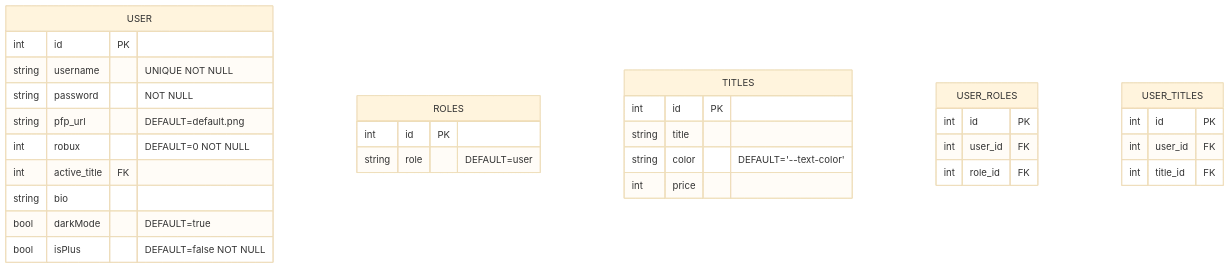
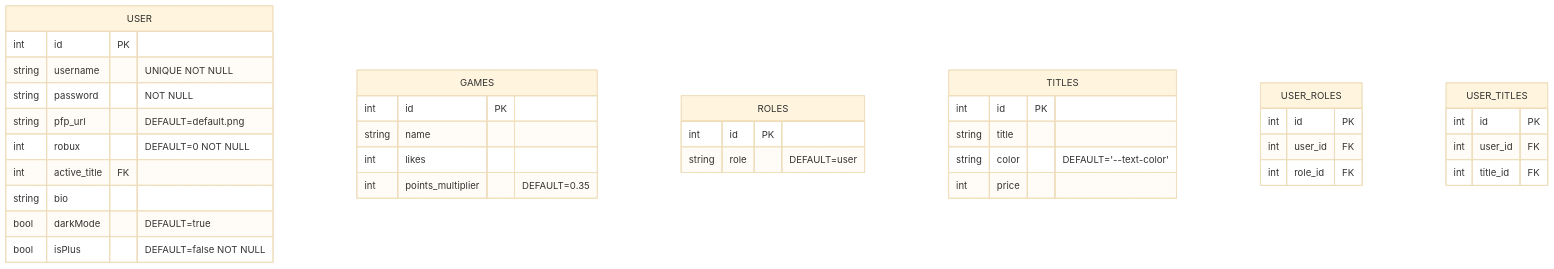
Before and after one commit to edxzyluksz/Roprepo: the diagram in README.md, drawn with Mermaid (base theme). The commit also changed other lines of this file and 38 other files, not shown here.

````diff
--- a/README.md
+++ b/README.md
@@ -73,38 +73,45 @@
 ``` mermaid
 erDiagram
     USER {
         int id PK
         string username "UNIQUE NOT NULL"
         string password "NOT NULL"
         string pfp_url "DEFAULT=default.png"
         int robux "DEFAULT=0 NOT NULL"
         int active_title FK
         string bio
         bool darkMode "DEFAULT=true"
         bool isPlus "DEFAULT=false NOT NULL"
+    }
+
+    GAMES {
+        int id PK
+        string name
+        int likes
+        int points_multiplier "DEFAULT=0.35"
     }
 
     ROLES {
         int id PK
         string role "DEFAULT=user"
     }
 
     TITLES {
         int id PK
         string title
         string color "DEFAULT='--text-color'"
         int price
     }
 
     USER_ROLES {
         int id PK
         int user_id FK
         int role_id FK
     }
 
     USER_TITLES {
         int id PK
         int user_id FK
         int title_id FK
     }
 ```
````
